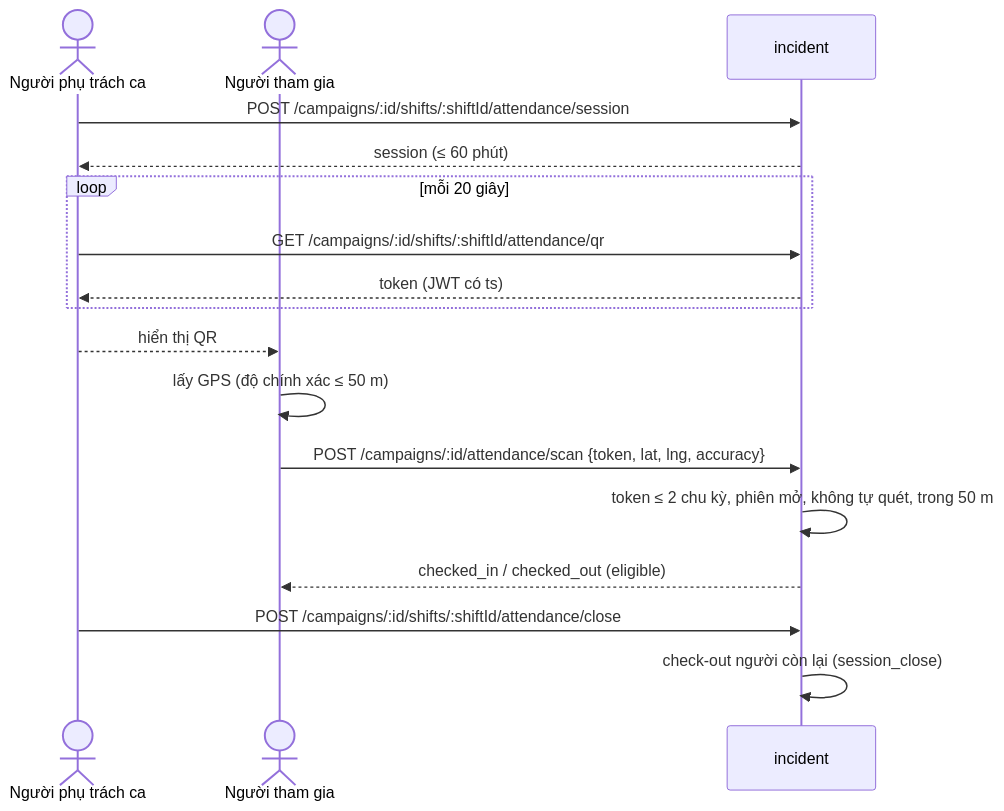
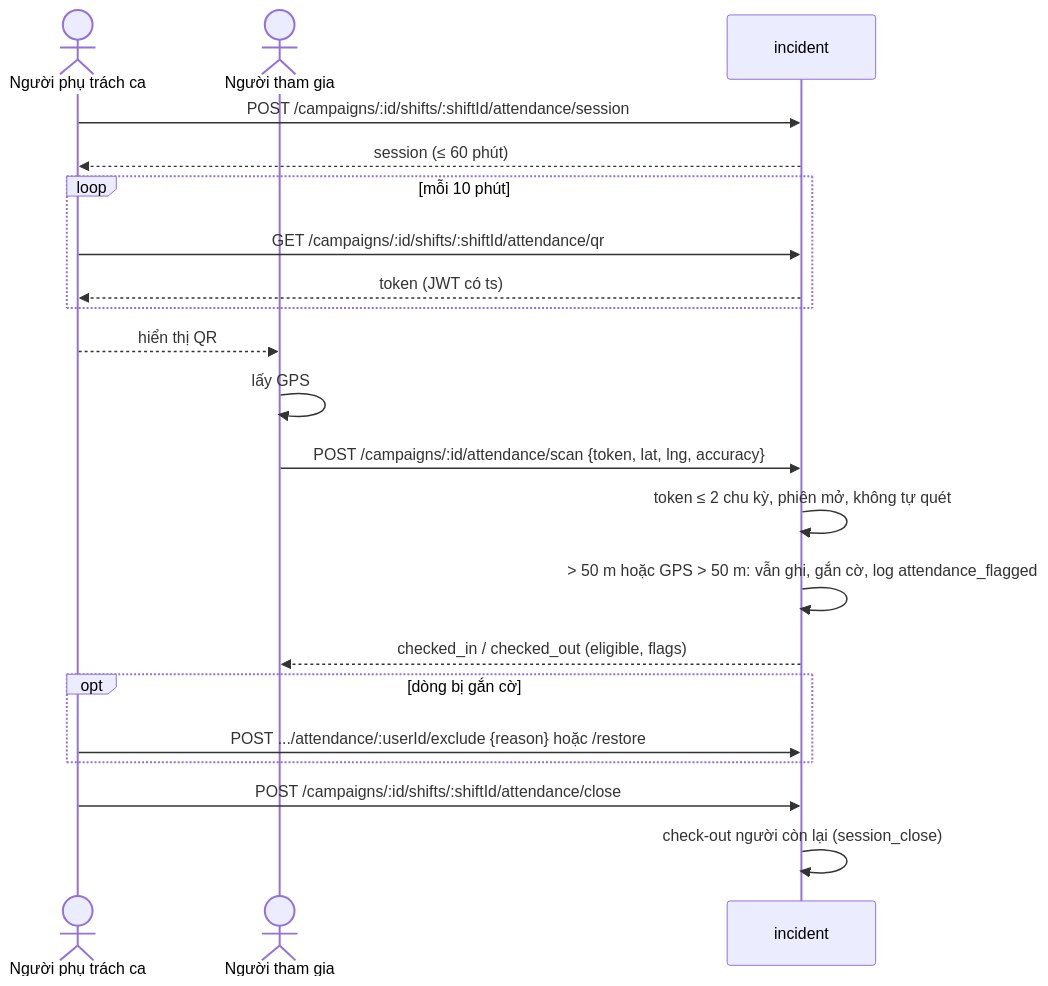
One commit to DOAN2-UQT-KN/ecolink-docs changed diagram 19 of 26 in 02-business-flows.md. Above: the diagram before and after it, drawn with Mermaid. The commit also changed other lines of this file and 8 other files, not shown here.

Commit message:
docs: điểm danh ngoài khu vực được ghi nhận + gắn cờ, loại/khôi phục; QR đổi mỗi 10 phút

````diff
--- a/02-business-flows.md
+++ b/02-business-flows.md
@@ -843,19 +844,23 @@
 ```mermaid
 sequenceDiagram
   actor L as Người phụ trách ca
   actor V as Người tham gia
   participant INC as incident
   L->>INC: POST /campaigns/:id/shifts/:shiftId/attendance/session
   INC-->>L: session (≤ 60 phút)
-  loop mỗi 20 giây
+  loop mỗi 10 phút
     L->>INC: GET /campaigns/:id/shifts/:shiftId/attendance/qr
     INC-->>L: token (JWT có ts)
   end
   L-->>V: hiển thị QR
-  V->>V: lấy GPS (độ chính xác ≤ 50 m)
+  V->>V: lấy GPS
   V->>INC: POST /campaigns/:id/attendance/scan {token, lat, lng, accuracy}
-  INC->>INC: token ≤ 2 chu kỳ, phiên mở, không tự quét, trong 50 m
-  INC-->>V: checked_in / checked_out (eligible)
+  INC->>INC: token ≤ 2 chu kỳ, phiên mở, không tự quét
+  INC->>INC: > 50 m hoặc GPS > 50 m: vẫn ghi, gắn cờ, log attendance_flagged
+  INC-->>V: checked_in / checked_out (eligible, flags)
+  opt dòng bị gắn cờ
+    L->>INC: POST .../attendance/:userId/exclude {reason} hoặc /restore
+  end
   L->>INC: POST /campaigns/:id/shifts/:shiftId/attendance/close
   INC->>INC: check-out người còn lại (session_close)
 ```
````
